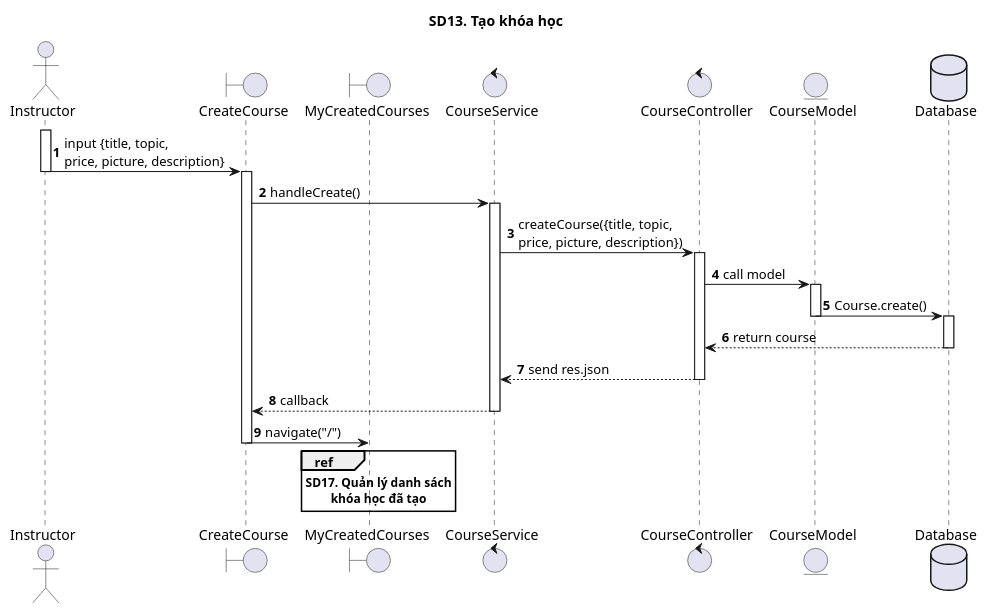
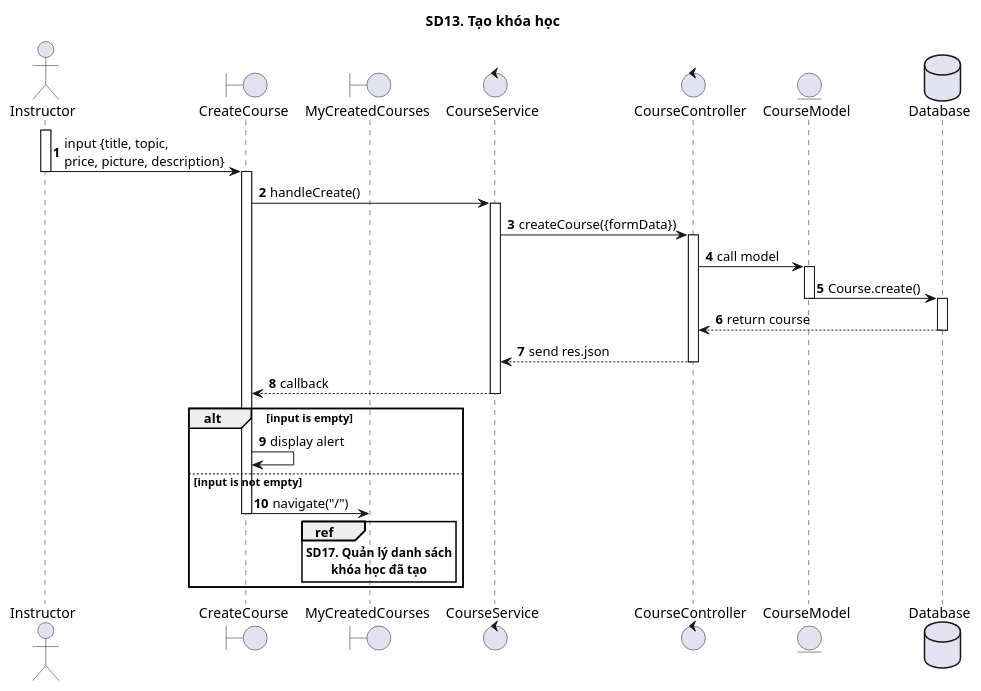
One commit to The-Cookies-Team/UML-Diagrams changed the diagram in SequenceDiagrams/CNPMHDT/New/sd13.puml. Above: the diagram before and after it, drawn with PlantUML. The commit also changed 15 other files, not shown here.

```diff
--- a/SequenceDiagrams/CNPMHDT/New/sd13.puml
+++ b/SequenceDiagrams/CNPMHDT/New/sd13.puml
@@ -1,41 +1,48 @@
 @startuml SQ
 
 autonumber
 
 title SD13. Tạo khóa học
 
 actor "Instructor" as Actor
 boundary "CreateCourse"
 boundary "MyCreatedCourses"
 control "CourseService"
 control "CourseController"
 entity "CourseModel"
 database "Database" as Database
 
 activate Actor
 Actor -> CreateCourse: input {title, topic,\nprice, picture, description}
 deactivate Actor
 activate CreateCourse
 CreateCourse -> CourseService: handleCreate()
 activate CourseService
-CourseService -> CourseController: createCourse({title, topic,\nprice, picture, description})
+CourseService -> CourseController: createCourse({formData})
 activate CourseController
 CourseController -> CourseModel: call model
 activate CourseModel
 CourseModel -> Database: Course.create()
 deactivate CourseModel
 activate Database
 Database --> CourseController: return course
 deactivate Database
 CourseController --> CourseService: send res.json
 deactivate CourseController
 CourseService --> CreateCourse: callback
 deactivate CourseService
+
+alt input is empty
+CreateCourse -> CreateCourse: display alert
+else input is not empty
 CreateCourse -> MyCreatedCourses: navigate("/")
 deactivate CreateCourse
 ref over MyCreatedCourses
 **SD17. Quản lý danh sách**
 **khóa học đã tạo**
 end ref
+end
+
+
 
 @enduml
```
